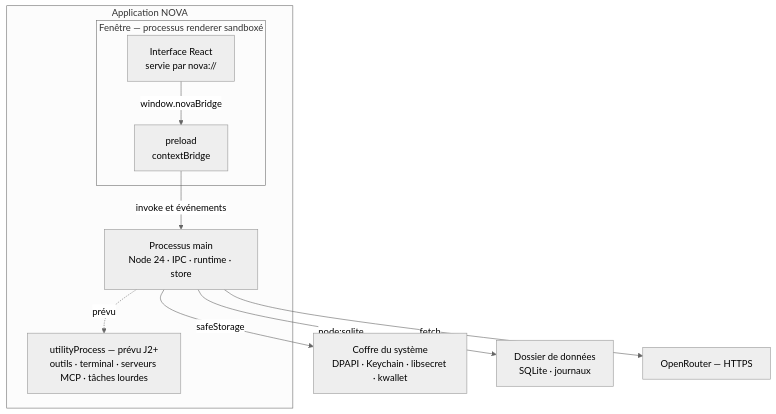
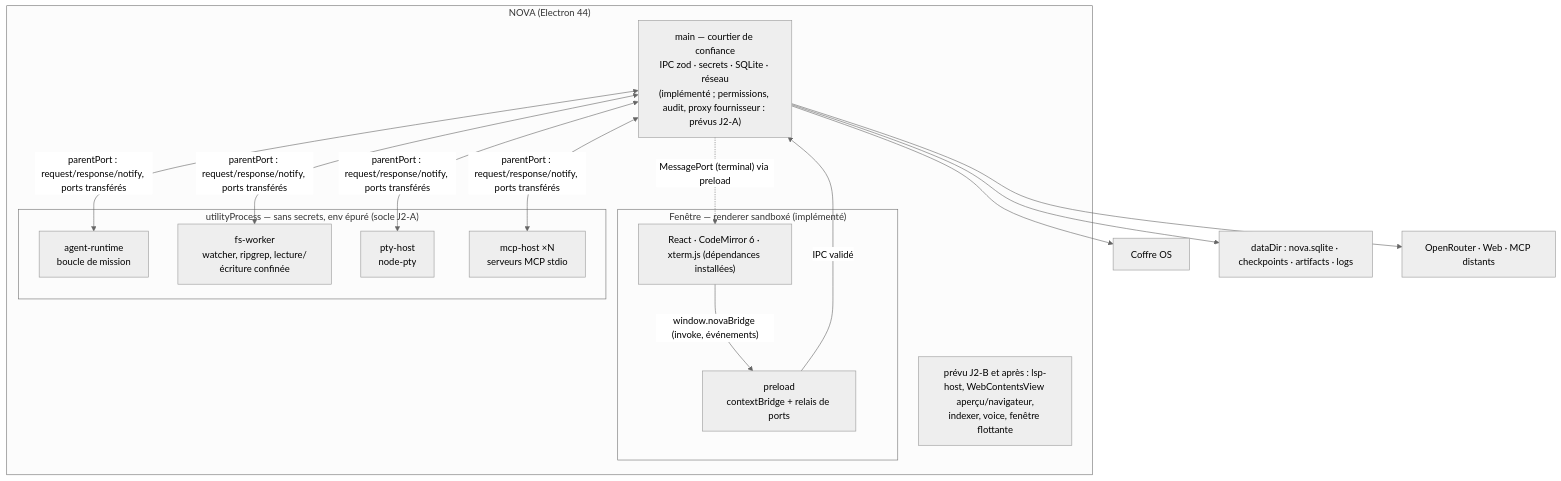
The second of 4 diagrams in docs/ARCHITECTURE.md (Micka420-collab/Nova), drawn with Mermaid (neutral theme) before and after one commit. The commit also changed other lines of this file and 73 other files, not shown here.

````diff
--- a/docs/ARCHITECTURE.md
+++ b/docs/ARCHITECTURE.md
@@ -72,21 +80,28 @@
 ```mermaid
 flowchart TB
-  subgraph app["Application NOVA"]
-    main["Processus main<br/>Node 24 · IPC · runtime · store"]
-    subgraph win["Fenêtre — processus renderer sandboxé"]
-      preload["preload<br/>contextBridge"]
-      renderer["Interface React<br/>servie par nova://"]
+  subgraph app["NOVA (Electron 44)"]
+    main["main — courtier de confiance<br/>IPC zod · secrets · SQLite · réseau<br/>(implémenté ; permissions, audit, proxy fournisseur : prévus J2-A)"]
+    subgraph win["Fenêtre — renderer sandboxé (implémenté)"]
+      preload["preload<br/>contextBridge + relais de ports"]
+      renderer["React · CodeMirror 6 · xterm.js (dépendances installées)"]
     end
-    workers["utilityProcess — prévu J2+<br/>outils · terminal · serveurs MCP · tâches lourdes"]
+    subgraph workers["utilityProcess — sans secrets, env épuré (socle J2-A)"]
+      runtime["agent-runtime<br/>boucle de mission"]
+      fs["fs-worker<br/>watcher, ripgrep, lecture/écriture confinée"]
+      pty["pty-host<br/>node-pty"]
+      mcp["mcp-host ×N<br/>serveurs MCP stdio"]
+    end
+    later["prévu J2-B et après : lsp-host, WebContentsView aperçu/navigateur,<br/>indexer, voice, fenêtre flottante"]
   end
-  vault["Coffre du système<br/>DPAPI · Keychain · libsecret · kwallet"]
-  disk["Dossier de données<br/>SQLite · journaux"]
-  net["OpenRouter — HTTPS"]
+  vault["Coffre OS"]
+  disk["dataDir : nova.sqlite · checkpoints · artifacts · logs"]
+  net["OpenRouter · Web · MCP distants"]
 
-  renderer -->|"window.novaBridge"| preload
-  preload -->|"invoke et événements"| main
-  main -->|"safeStorage"| vault
-  main -->|"node:sqlite"| disk
-  main -->|"fetch"| net
-  main -.->|"prévu"| workers
+  renderer -->|"window.novaBridge (invoke, événements)"| preload
+  preload -->|"IPC validé"| main
+  main -. "MessagePort (terminal) via preload" .-> renderer
+  main <-->|"parentPort : request/response/notify, ports transférés"| runtime & fs & pty & mcp
+  main --> vault
+  main --> disk
+  main --> net
 ```
````
